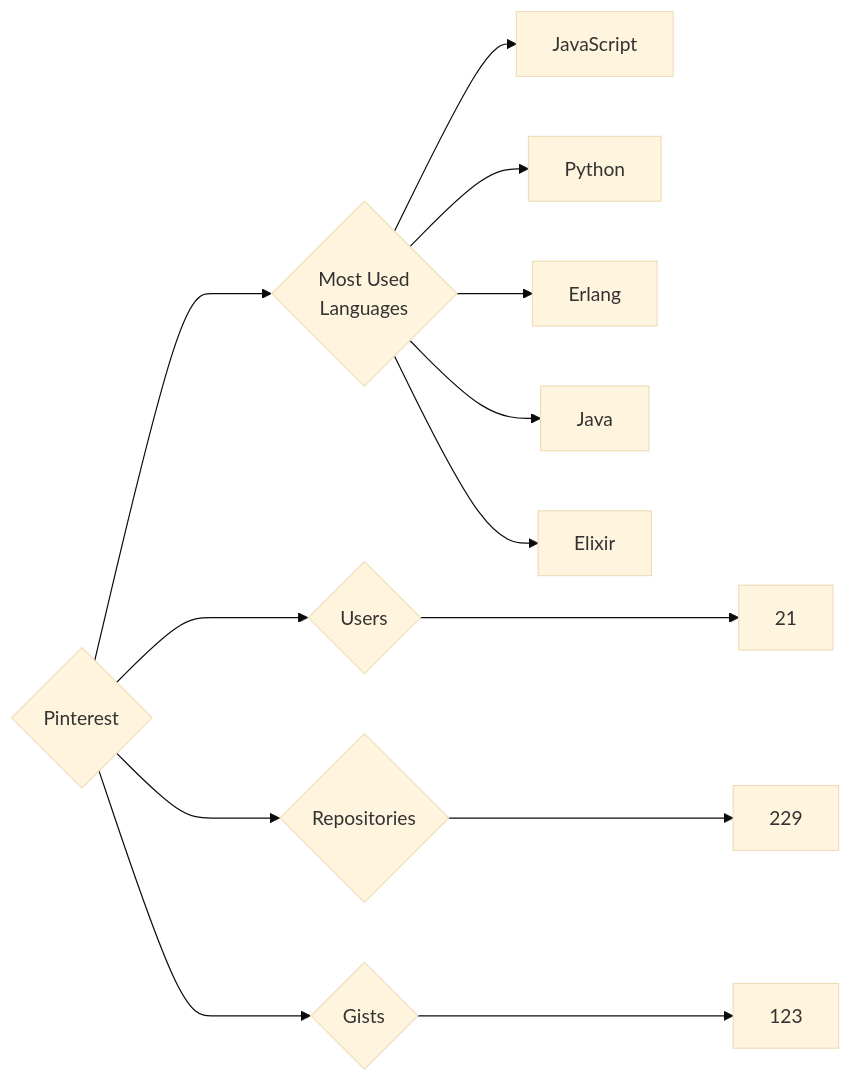
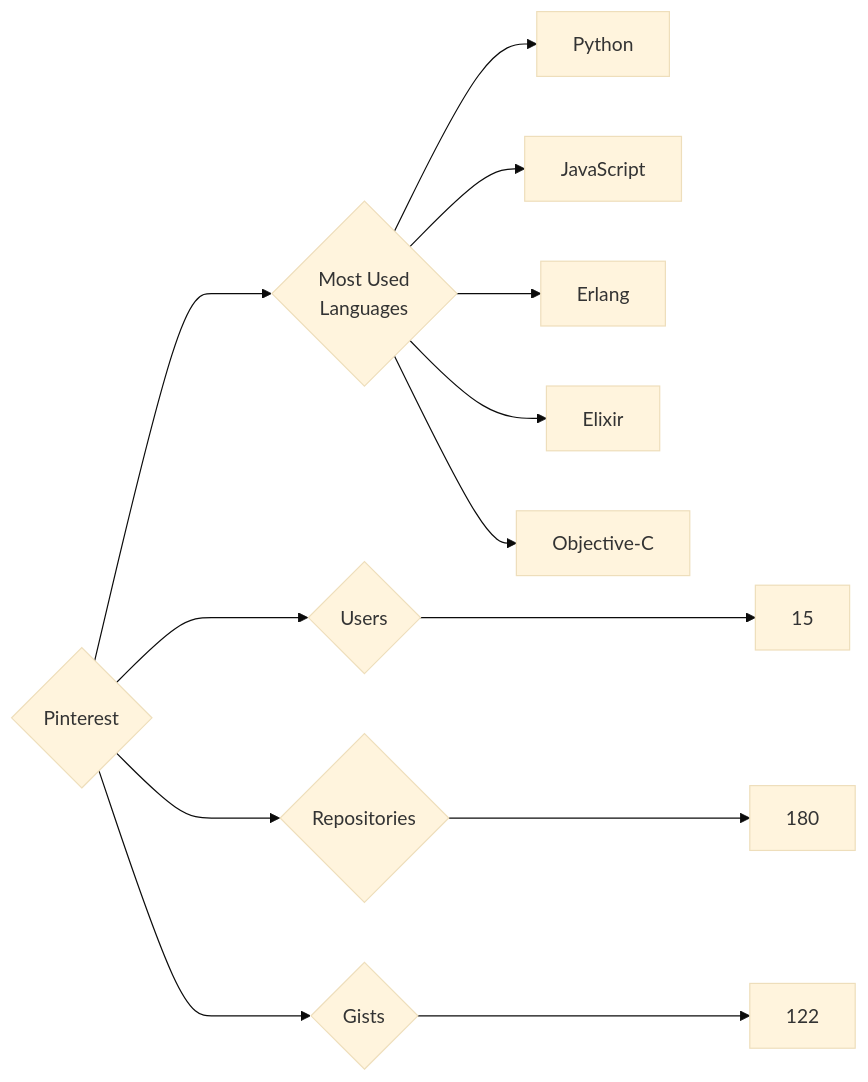
The diagram in targets/Pinterest/README.md (trickest/insiders), drawn with Mermaid (base theme) before and after one commit. The commit also changed 928 other files, not shown here.

````diff
--- a/targets/Pinterest/README.md
+++ b/targets/Pinterest/README.md
@@ -3,13 +3,13 @@
 ```mermaid
 graph LR
 COMPANY_NAME{Pinterest}
-COMPANY_NAME ---> U{Users} ---> UN[21]
-COMPANY_NAME ---> R{Repositories} ---> RN[229]
-COMPANY_NAME ---> G{Gists} ---> GN[123]
+COMPANY_NAME ---> U{Users} ---> UN[15]
+COMPANY_NAME ---> R{Repositories} ---> RN[180]
+COMPANY_NAME ---> G{Gists} ---> GN[122]
 COMPANY_NAME ---> ML{Most Used<br>Languages}
+ML --> Python[Python]
 ML --> JavaScript[JavaScript]
-ML --> Python[Python]
 ML --> Erlang[Erlang]
-ML --> Java[Java]
 ML --> Elixir[Elixir]
+ML --> Objective-C[Objective-C]
 ```
````
